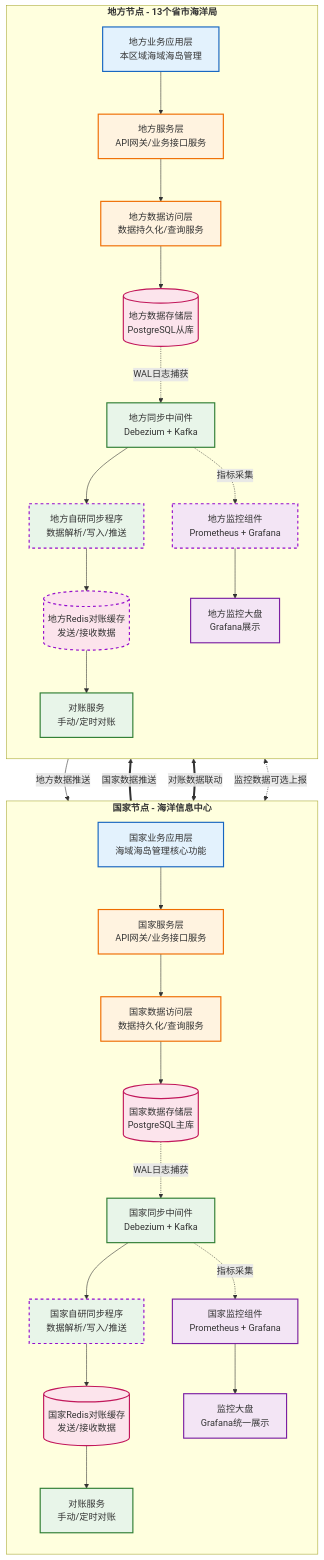
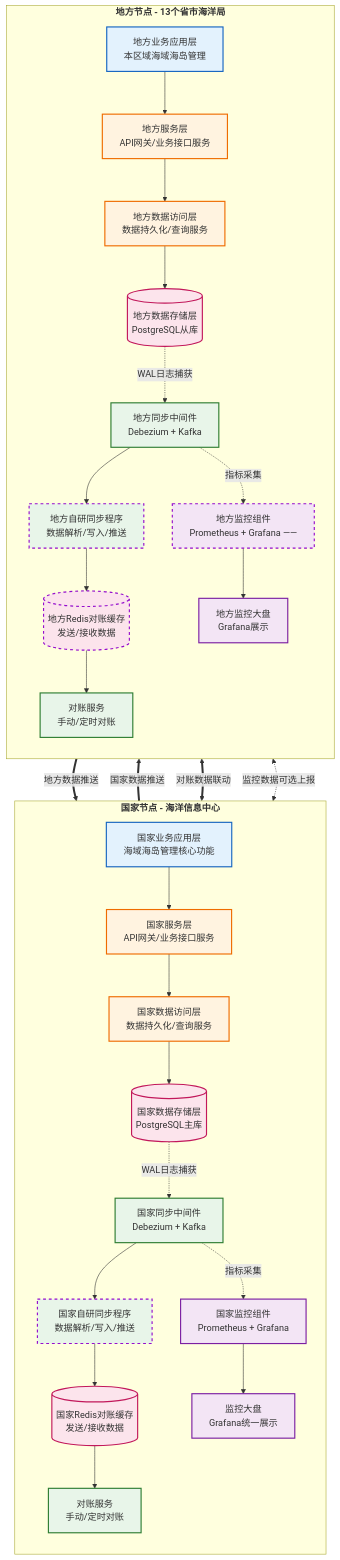
The diagram in all/未命名-1.md (MyJohn2/iodraw-files), drawn with Mermaid before and after one commit.

Commit message:
2026-03-03 18:59:08 update

````diff
--- a/all/未命名-1.md
+++ b/all/未命名-1.md
@@ -1,71 +1,71 @@
 ```mermaid
 flowchart TD
     %% 定义样式
     classDef app fill:#e3f2fd,stroke:#1565c0,stroke-width:2px;
     classDef service fill:#fff3e0,stroke:#ef6c00,stroke-width:2px;
     classDef data fill:#fce4ec,stroke:#c2185b,stroke-width:2px;
     classDef sync fill:#e8f5e9,stroke:#2e7d32,stroke-width:2px;
     classDef monitor fill:#f3e5f5,stroke:#7b1fa2,stroke-width:2px;
     classDef linkLine stroke:#950DCD,stroke-width:2px,stroke-dasharray: 5 5;
 
     %% 国家节点 - 修复了标题括号问题
     subgraph NationNode [<B>国家节点 - 海洋信息中心]
         direction TB
         A1[国家业务应用层<br/>海域海岛管理核心功能]:::app
         B1[国家服务层<br/>API网关/业务接口服务]:::service
         C1[国家数据访问层<br/>数据持久化/查询服务]:::service
         D1[(国家数据存储层<br/>PostgreSQL主库)]:::data
         E1[国家同步中间件<br/>Debezium + Kafka]:::sync
         F1[国家自研同步程序<br/>数据解析/写入/推送]:::sync
         G1[(国家Redis对账缓存<br/>发送/接收数据)]:::data
         H1[国家监控组件<br/>Prometheus + Grafana]:::monitor
         I1[对账服务<br/>手动/定时对账]:::sync
         J1[监控大盘<br/>Grafana统一展示]:::monitor
 
         A1 --> B1
         B1 --> C1
         C1 --> D1
         D1 -.->|WAL日志捕获 | E1
         E1 --> F1
         F1 --> G1
         E1 -.->|指标采集 | H1
         G1 --> I1
         H1 --> J1
     end
     
     %% 地方节点 - 修复了标题括号问题
     subgraph LocalNode [<B>地方节点 - 13个省市海洋局]
         direction TB
         A2[地方业务应用层<br/>本区域海域海岛管理]:::app
         B2[地方服务层<br/>API网关/业务接口服务]:::service
         C2[地方数据访问层<br/>数据持久化/查询服务]:::service
         D2[(地方数据存储层<br/>PostgreSQL从库)]:::data
         E2[地方同步中间件<br/>Debezium + Kafka]:::sync
         F2[地方自研同步程序<br/>数据解析/写入/推送]:::sync
         G2[(地方Redis对账缓存<br/>发送/接收数据)]:::data
-        H2[地方监控组件<br/>Prometheus + Grafana]:::monitor
+        H2[地方监控组件<br/>Prometheus + Grafana ——]:::monitor
         I2[对账服务<br/>手动/定时对账]:::sync
         J2[地方监控大盘<br/>Grafana展示]:::monitor
 
         A2 --> B2
         B2 --> C2
         C2 --> D2
         D2 -.->|WAL日志捕获 | E2
         E2 --> F2
         F2 --> G2
         E2 -.->|指标采集 | H2
         G2 --> I2
         H2 --> J2
     end
     
     %% 跨节点交互
-    E2 -->|地方数据推送 | F1:::linkLine
+    E2 ==>|地方数据推送 | F1:::linkLine
     E1 ==>|国家数据推送 | F2:::linkLine
     G1 <==>|对账数据联动 | G2:::linkLine
     H1 <-.->|监控数据可选上报 | H2:::linkLine
     
 
 
 
 
 ```
````
